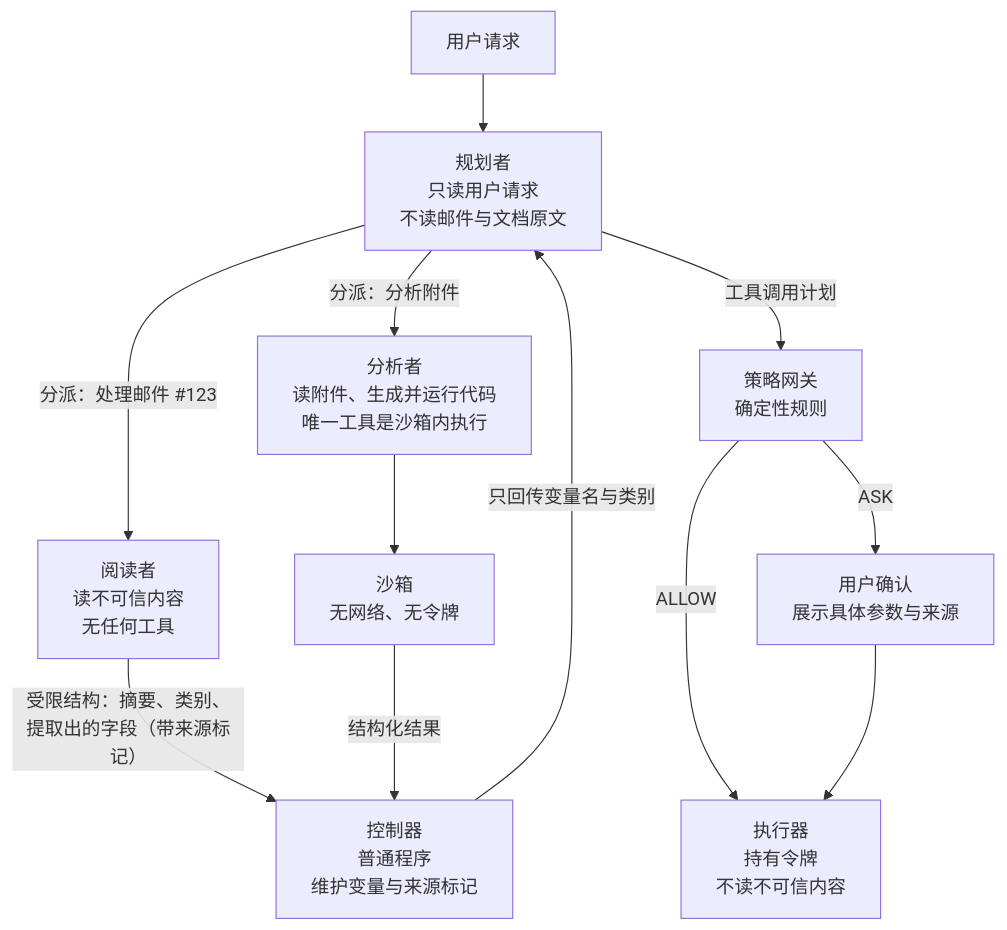
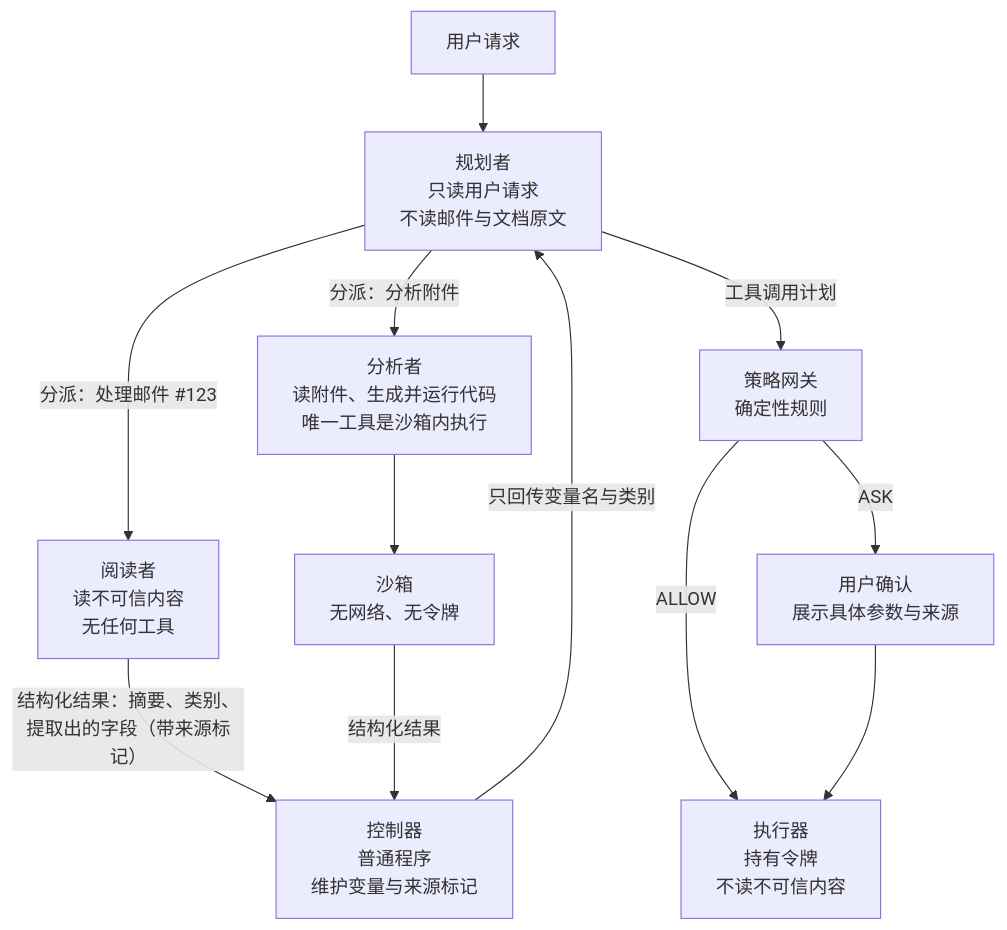
One commit to yeasy/ai_security_guide changed the diagram in 14_agent_practice/14.4_case_study.md. Above: the diagram before and after it, drawn with Mermaid. The commit also changed other lines of this file and 18 other files, not shown here.

````diff
--- a/14_agent_practice/14.4_case_study.md
+++ b/14_agent_practice/14.4_case_study.md
@@ -43,14 +43,14 @@
 ```mermaid
 flowchart TB
     U["用户请求"] --> P["规划者<br/>只读用户请求<br/>不读邮件与文档原文"]
     P -->|"分派：处理邮件 #123"| R["阅读者<br/>读不可信内容<br/>无任何工具"]
-    R -->|"受限结构：摘要、类别、<br/>提取出的字段（带来源标记）"| C["控制器<br/>普通程序<br/>维护变量与来源标记"]
+    R -->|"结构化结果：摘要、类别、<br/>提取出的字段（带来源标记）"| C["控制器<br/>普通程序<br/>维护变量与来源标记"]
     C -->|"只回传变量名与类别"| P
     P -->|"工具调用计划"| G["策略网关<br/>确定性规则"]
     G -->|"ALLOW"| X["执行器<br/>持有令牌<br/>不读不可信内容"]
     G -->|"ASK"| H["用户确认<br/>展示具体参数与来源"]
     H --> X
     P -->|"分派：分析附件"| A["分析者<br/>读附件、生成并运行代码<br/>唯一工具是沙箱内执行"]
     A --> S["沙箱<br/>无网络、无令牌"]
     S -->|"结构化结果"| C
 ```
````
